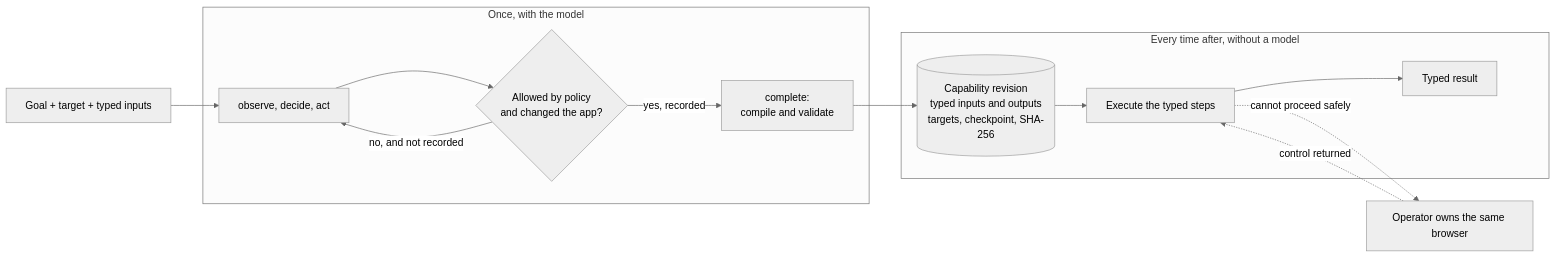
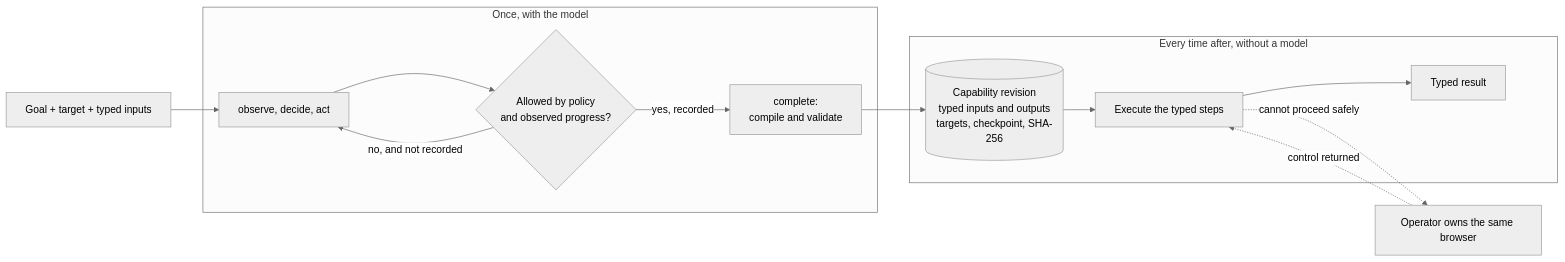
Before and after one commit to hskl18/computer-use-runtime: the first of 3 diagrams in README.md, drawn with Mermaid (neutral theme). The commit also changed other lines of this file and 8 other files, not shown here.

````diff
--- a/README.md
+++ b/README.md
@@ -32,21 +32,21 @@
 ```mermaid
 flowchart LR
   Goal["Goal + target + typed inputs"] --> Loop
 
   subgraph Discovery["Once, with the model"]
     Loop["observe, decide, act"]
-    Loop --> Gate{"Allowed by policy<br/>and changed the app?"}
+    Loop --> Gate{"Allowed by policy<br/>and observed progress?"}
     Gate -->|"no, and not recorded"| Loop
     Gate -->|"yes, recorded"| Compile["complete:<br/>compile and validate"]
   end
 
   Compile --> Artifact[("Capability revision<br/>typed inputs and outputs<br/>targets, checkpoint, SHA-256")]
 
   subgraph Production["Every time after, without a model"]
     Artifact --> Steps["Execute the typed steps"]
     Steps --> Result["Typed result"]
   end
 
   Steps -.->|cannot proceed safely| Operator["Operator owns the same browser"]
   Operator -.->|control returned| Steps
 ```
````
